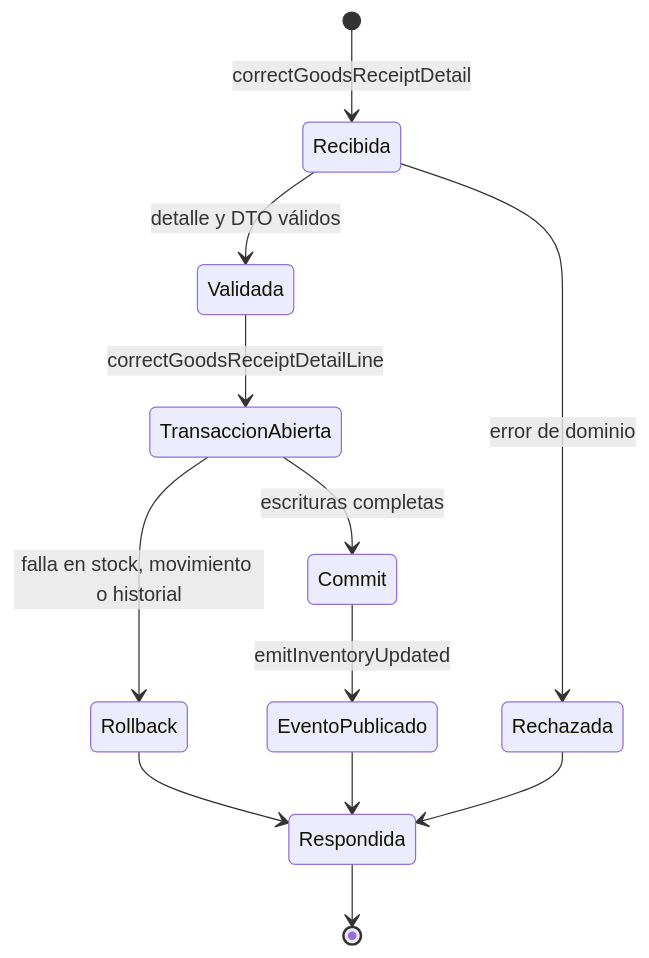
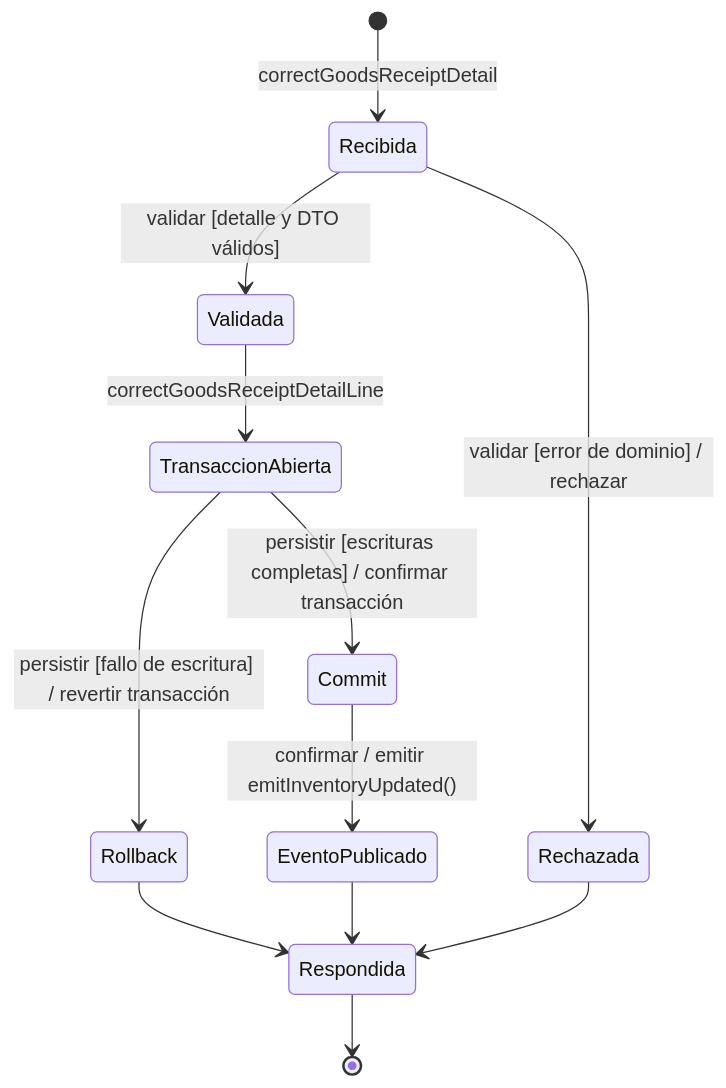
The seventh of 7 diagrams in docs/architecture/views/development/backend-technical-documentation/02-views-technical-applied.md (gpgsistemas01/nexus), drawn with Mermaid before and after one commit. The commit also changed other lines of this file and 198 other files, not shown here.

Commit message:
docs: mejorar notación UML y distribución de diagramas Mermaid

````diff
--- a/docs/architecture/views/development/backend-technical-documentation/02-views-technical-applied.md
+++ b/docs/architecture/views/development/backend-technical-documentation/02-views-technical-applied.md
@@ -174,14 +175,14 @@
 ```mermaid
 stateDiagram-v2
     [*] --> Recibida: correctGoodsReceiptDetail
-    Recibida --> Validada: detalle y DTO válidos
-    Recibida --> Rechazada: error de dominio
+    Recibida --> Validada: validar [detalle y DTO válidos]
+    Recibida --> Rechazada: validar [error de dominio] / rechazar
     Validada --> TransaccionAbierta: correctGoodsReceiptDetailLine
-    TransaccionAbierta --> Rollback: falla en stock, movimiento o historial
-    TransaccionAbierta --> Commit: escrituras completas
-    Commit --> EventoPublicado: emitInventoryUpdated
+    TransaccionAbierta --> Rollback: persistir [fallo de escritura] / revertir transacción
+    TransaccionAbierta --> Commit: persistir [escrituras completas] / confirmar transacción
+    Commit --> EventoPublicado: confirmar / emitir emitInventoryUpdated()
     Rollback --> Respondida
     EventoPublicado --> Respondida
     Rechazada --> Respondida
     Respondida --> [*]
 ```
````
